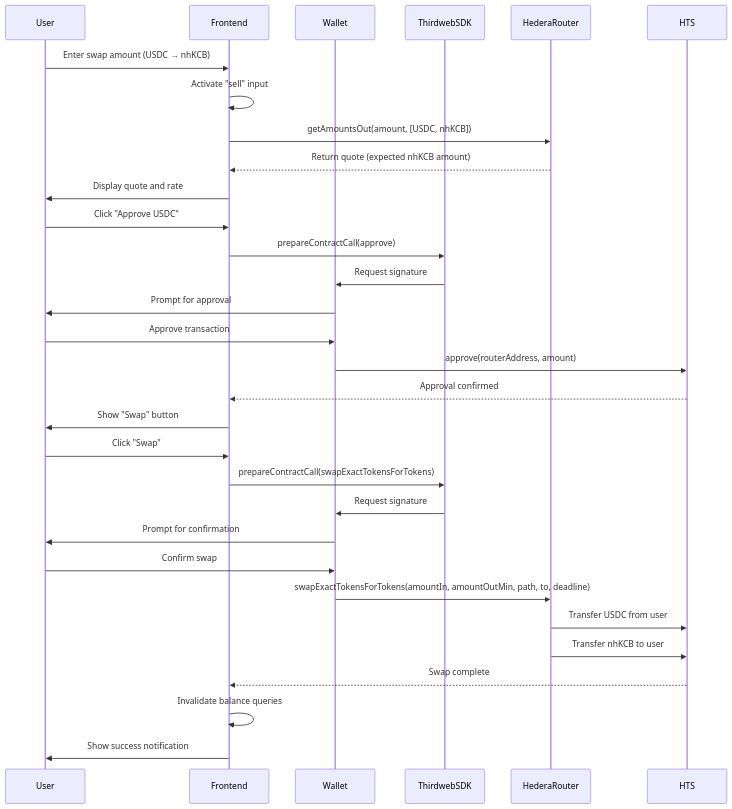
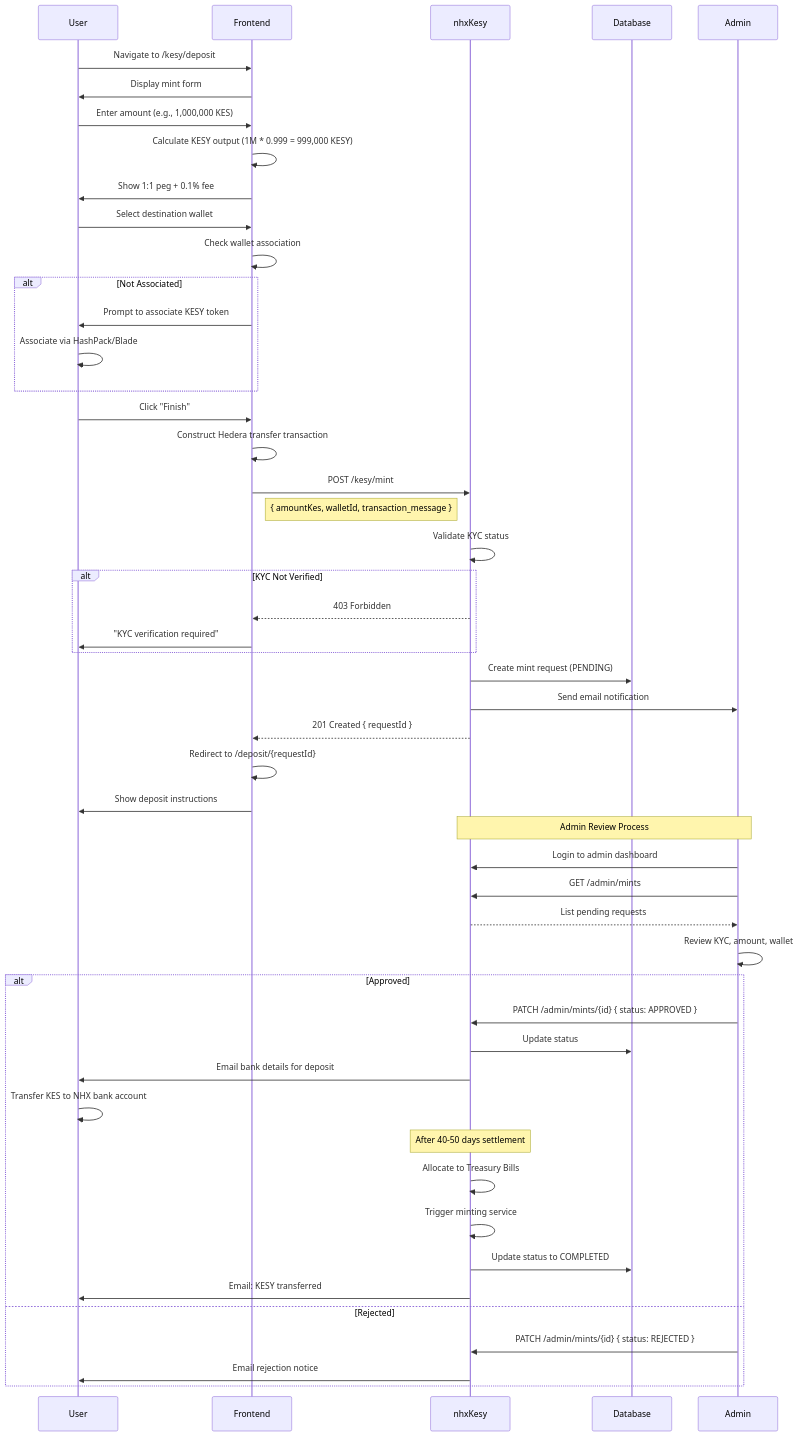
Before and after one commit to nhx-finance/frontend: the first of 2 diagrams in README.md, drawn with Mermaid. The commit also changed other lines of this file, not shown here.

First line of the commit message:
Refactors README for KESY stablecoin platform

````diff
--- a/README.md
+++ b/README.md
@@ -212,36 +215,62 @@
 ```mermaid
 sequenceDiagram
     participant User
     participant Frontend
-    participant Wallet
-    participant ThirdwebSDK
-    participant HederaRouter
-    participant HTS
+    participant nhxKesy
+    participant Database
+    participant Admin
 
-    User->>Frontend: Enter swap amount (USDC → nhKCB)
-    Frontend->>Frontend: Activate "sell" input
-    Frontend->>HederaRouter: getAmountsOut(amount, [USDC, nhKCB])
-    HederaRouter-->>Frontend: Return quote (expected nhKCB amount)
-    Frontend->>User: Display quote and rate
+    User->>Frontend: Navigate to /kesy/deposit
+    Frontend->>User: Display mint form
 
-    User->>Frontend: Click "Approve USDC"
-    Frontend->>ThirdwebSDK: prepareContractCall(approve)
-    ThirdwebSDK->>Wallet: Request signature
-    Wallet->>User: Prompt for approval
-    User->>Wallet: Approve transaction
-    Wallet->>HTS: approve(routerAddress, amount)
-    HTS-->>Frontend: Approval confirmed
-    Frontend->>User: Show "Swap" button
+    User->>Frontend: Enter amount (e.g., 1,000,000 KES)
+    Frontend->>Frontend: Calculate KESY output (1M * 0.999 = 999,000 KESY)
+    Frontend->>User: Show 1:1 peg + 0.1% fee
 
-    User->>Frontend: Click "Swap"
-    Frontend->>ThirdwebSDK: prepareContractCall(swapExactTokensForTokens)
-    ThirdwebSDK->>Wallet: Request signature
-    Wallet->>User: Prompt for confirmation
-    User->>Wallet: Confirm swap
-    Wallet->>HederaRouter: swapExactTokensForTokens(amountIn, amountOutMin, path, to, deadline)
-    HederaRouter->>HTS: Transfer USDC from user
-    HederaRouter->>HTS: Transfer nhKCB to user
-    HTS-->>Frontend: Swap complete
-    Frontend->>Frontend: Invalidate balance queries
-    Frontend->>User: Show success notification
+    User->>Frontend: Select destination wallet
+    Frontend->>Frontend: Check wallet association
+    alt Not Associated
+        Frontend->>User: Prompt to associate KESY token
+        User->>User: Associate via HashPack/Blade
+    end
+
+    User->>Frontend: Click "Finish"
+    Frontend->>Frontend: Construct Hedera transfer transaction
+    Frontend->>nhxKesy: POST /kesy/mint
+    Note right of Frontend: { amountKes, walletId, transaction_message }
+
+    nhxKesy->>nhxKesy: Validate KYC status
+    alt KYC Not Verified
+        nhxKesy-->>Frontend: 403 Forbidden
+        Frontend->>User: "KYC verification required"
+    end
+
+    nhxKesy->>Database: Create mint request (PENDING)
+    nhxKesy->>Admin: Send email notification
+    nhxKesy-->>Frontend: 201 Created { requestId }
+
+    Frontend->>Frontend: Redirect to /deposit/{requestId}
+    Frontend->>User: Show deposit instructions
+
+    Note over Admin,nhxKesy: Admin Review Process
+    Admin->>nhxKesy: Login to admin dashboard
+    Admin->>nhxKesy: GET /admin/mints
+    nhxKesy-->>Admin: List pending requests
+
+    Admin->>Admin: Review KYC, amount, wallet
+    alt Approved
+        Admin->>nhxKesy: PATCH /admin/mints/{id} { status: APPROVED }
+        nhxKesy->>Database: Update status
+        nhxKesy->>User: Email bank details for deposit
+        User->>User: Transfer KES to NHX bank account
+
+        Note over nhxKesy: After 40-50 days settlement
+        nhxKesy->>nhxKesy: Allocate to Treasury Bills
+        nhxKesy->>nhxKesy: Trigger minting service
+        nhxKesy->>Database: Update status to COMPLETED
+        nhxKesy->>User: Email: KESY transferred
+    else Rejected
+        Admin->>nhxKesy: PATCH /admin/mints/{id} { status: REJECTED }
+        nhxKesy->>User: Email rejection notice
+    end
 ```
````
